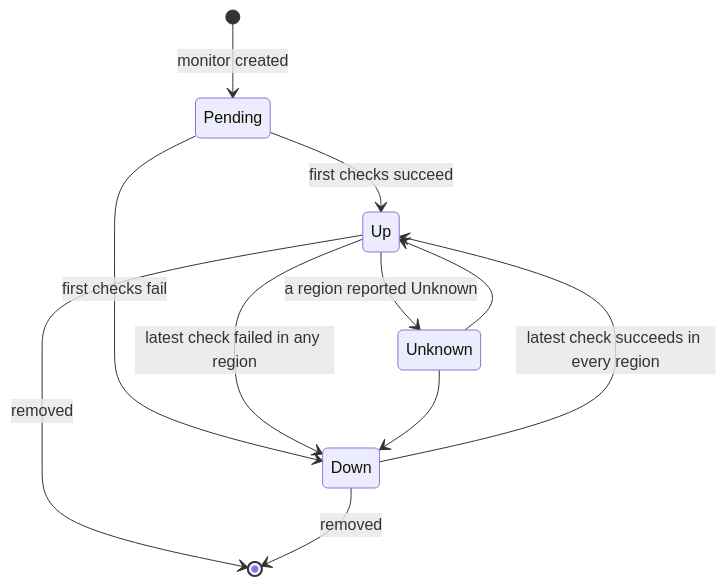
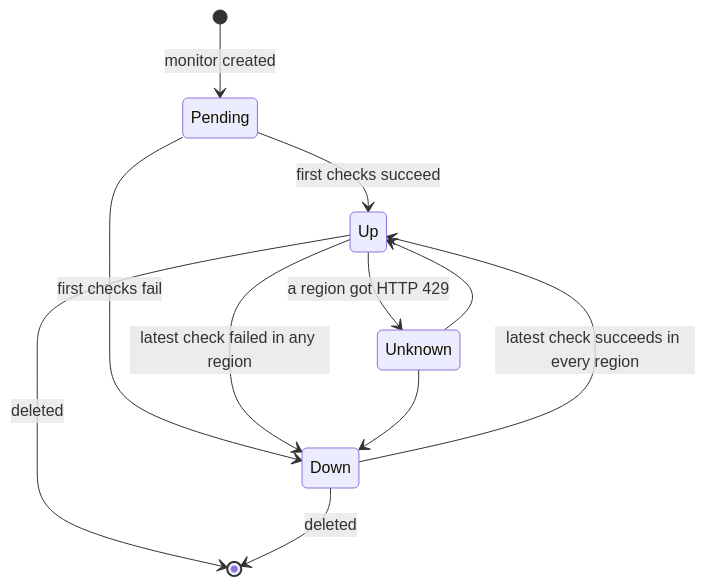
Before and after one commit to huhh-myan/betterstack: the fifth of 6 diagrams in apps/web/README.md, drawn with Mermaid. The commit also changed other lines of this file and 11 other files, not shown here.

````diff
--- a/apps/web/README.md
+++ b/apps/web/README.md
@@ -168,13 +207,13 @@
 ```mermaid
 stateDiagram-v2
     [*] --> Pending: monitor created
     Pending --> Up: first checks succeed
     Pending --> Down: first checks fail
     Up --> Down: latest check failed in any region
     Down --> Up: latest check succeeds in every region
-    Up --> Unknown: a region reported Unknown
+    Up --> Unknown: a region got HTTP 429
     Unknown --> Up
     Unknown --> Down
-    Up --> [*]: removed
-    Down --> [*]: removed
+    Up --> [*]: deleted
+    Down --> [*]: deleted
 ```
````
